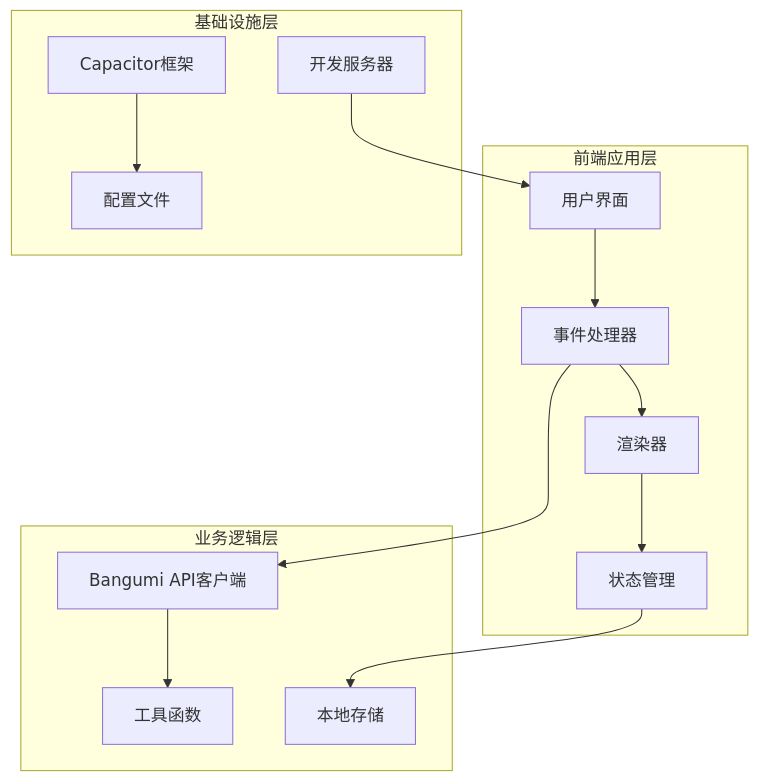
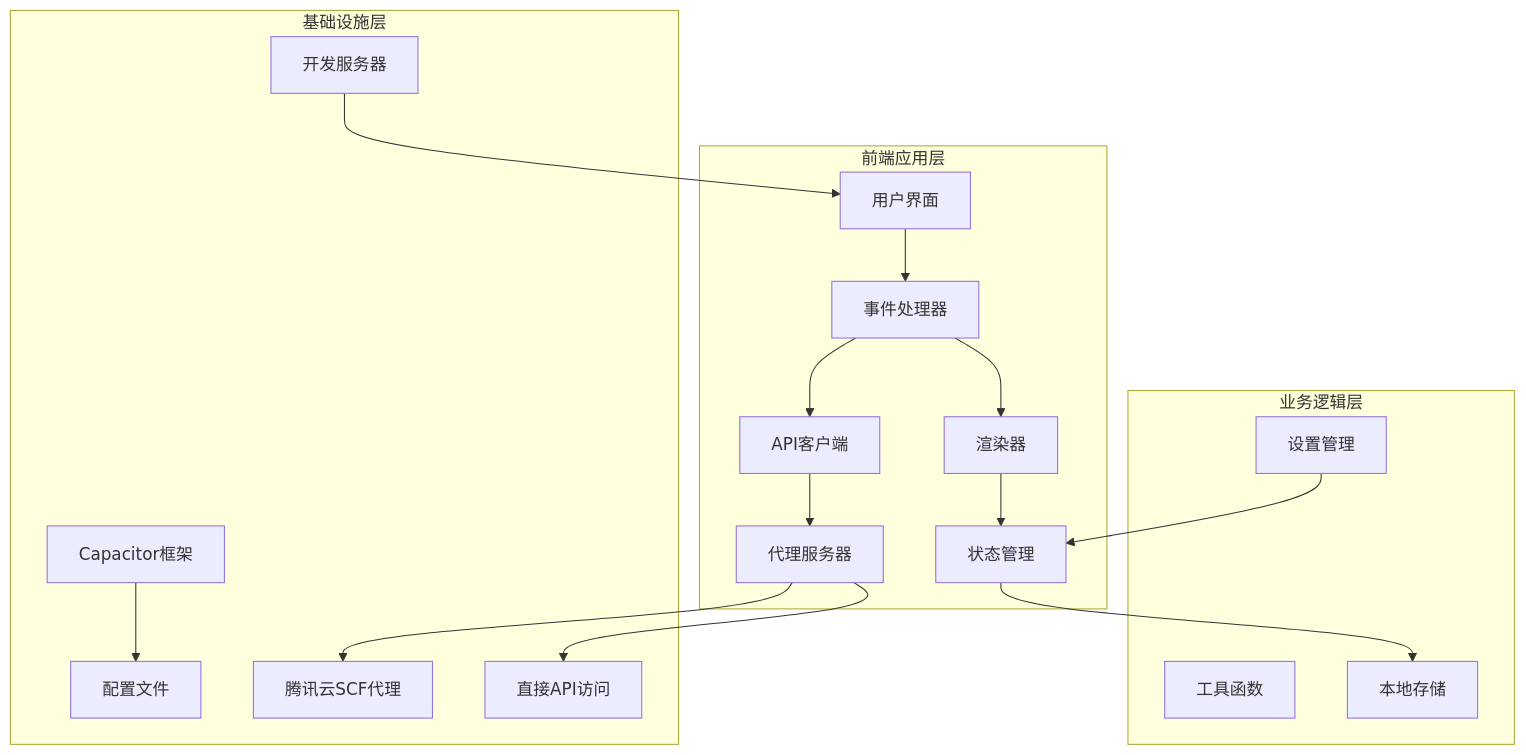
The first of 12 diagrams in .qoder/repowiki/zh/content/核心功能模块/Bangumi API集成.md (KAGUYA284/anima-list), drawn with Mermaid before and after one commit. The commit also changed other lines of this file and 17 other files, not shown here.

````diff
--- a/.qoder/repowiki/zh/content/核心功能模块/Bangumi API集成.md
+++ b/.qoder/repowiki/zh/content/核心功能模块/Bangumi API集成.md
@@ -38,27 +47,34 @@
 ```mermaid
 graph TB
 subgraph "前端应用层"
 UI[用户界面]
 Events[事件处理器]
 Renderer[渲染器]
 Store[状态管理]
+API[API客户端]
+Proxy[代理服务器]
 end
 subgraph "业务逻辑层"
-API[Bangumi API客户端]
 Utils[工具函数]
 Storage[本地存储]
+Settings[设置管理]
 end
 subgraph "基础设施层"
 Capacitor[Capacitor框架]
 Server[开发服务器]
 Config[配置文件]
+SCF[腾讯云SCF代理]
+Direct[直接API访问]
 end
 UI --> Events
 Events --> Renderer
 Renderer --> Store
 Events --> API
-API --> Utils
+API --> Proxy
+Proxy --> SCF
+Proxy --> Direct
 Store --> Storage
+Settings --> Store
 Capacitor --> Config
 Server --> UI
 ```
````
